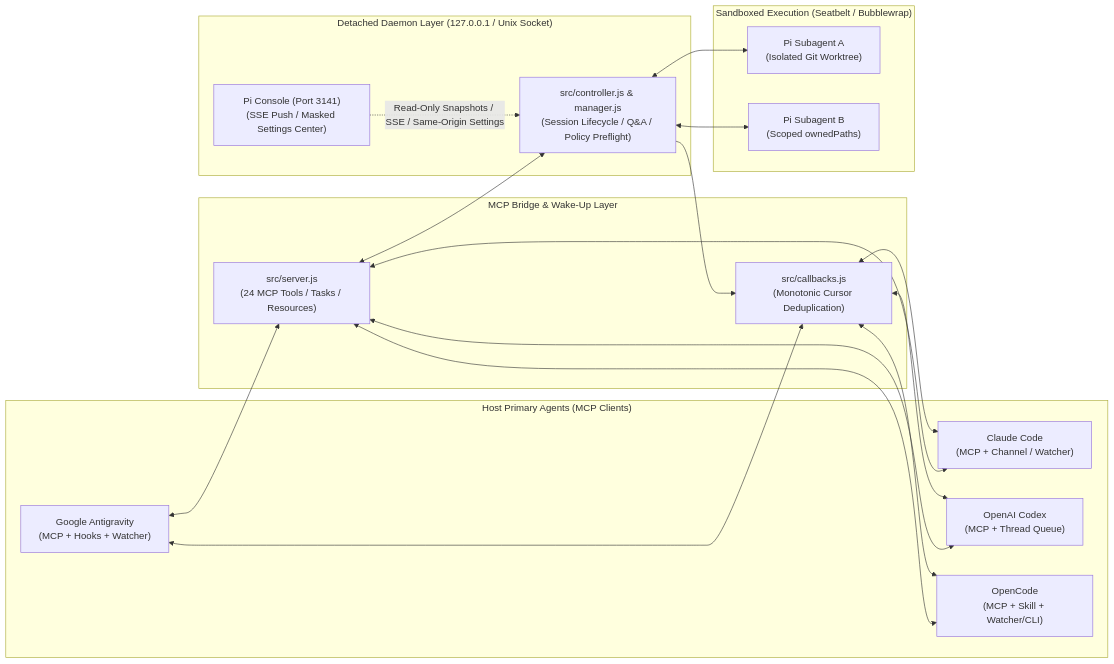
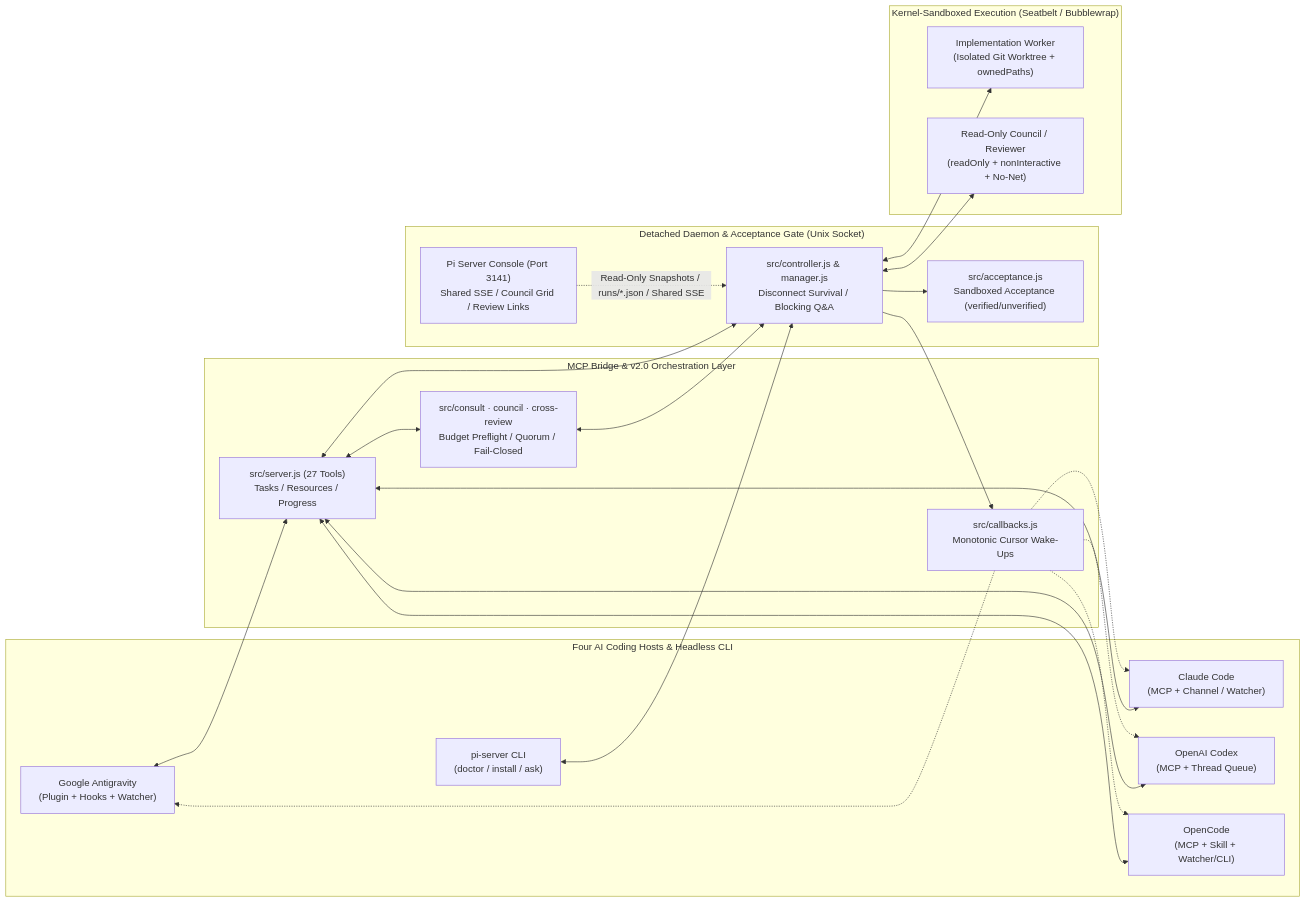
One commit to paintstar/PI-Server changed the diagram in README.en.md. Above: the diagram before and after it, drawn with Mermaid. The commit also changed other lines of this file and 68 other files, not shown here.

Commit message:
发布 Pi Server v2.0.0：多模型协作原语、机械化验收闭环、后端加固、统一 CLI 与调度台升级

````diff
--- a/README.en.md
+++ b/README.en.md
@@ -39,38 +71,41 @@
 ```mermaid
 flowchart LR
-  subgraph Hosts["Host Primary Agents (MCP Clients)"]
-    AGY["Google Antigravity\n(MCP + Hooks + Watcher)"]
+  subgraph Hosts["Four AI Coding Hosts & Headless CLI"]
+    AGY["Google Antigravity\n(Plugin + Hooks + Watcher)"]
     CC["Claude Code\n(MCP + Channel / Watcher)"]
     CDX["OpenAI Codex\n(MCP + Thread Queue)"]
     OC["OpenCode\n(MCP + Skill + Watcher/CLI)"]
+    CLI["pi-server CLI\n(doctor / install / ask)"]
   end
 
-  subgraph Bridge["MCP Bridge & Wake-Up Layer"]
-    SRV["src/server.js\n(24 MCP Tools / Tasks / Resources)"]
-    CB["src/callbacks.js\n(Monotonic Cursor Deduplication)"]
+  subgraph Bridge["MCP Bridge & v2.0 Orchestration Layer"]
+    SRV["src/server.js (27 Tools)\nTasks / Resources / Progress"]
+    ORCH["src/consult · council · cross-review\nBudget Preflight / Quorum / Fail-Closed"]
+    CB["src/callbacks.js\nMonotonic Cursor Wake-Ups"]
   end
 
-  subgraph Core["Detached Daemon Layer (127.0.0.1 / Unix Socket)"]
-    CTRL["src/controller.js & manager.js\n(Session Lifecycle / Q&A / Policy Preflight)"]
-    WEB["Pi Console (Port 3141)\n(SSE Push / Masked Settings Center)"]
+  subgraph Core["Detached Daemon & Acceptance Gate (Unix Socket)"]
+    CTRL["src/controller.js & manager.js\nDisconnect Survival / Blocking Q&A"]
+    ACC["src/acceptance.js\nSandboxed Acceptance (verified/unverified)"]
+    WEB["Pi Server Console (Port 3141)\nShared SSE / Council Grid / Review Links"]
   end
 
-  subgraph Workers["Sandboxed Execution (Seatbelt / Bubblewrap)"]
-    PI1["Pi Subagent A\n(Isolated Git Worktree)"]
-    PI2["Pi Subagent B\n(Scoped ownedPaths)"]
+  subgraph Workers["Kernel-Sandboxed Execution (Seatbelt / Bubblewrap)"]
+    PI1["Implementation Worker\n(Isolated Git Worktree + ownedPaths)"]
+    PI2["Read-Only Council / Reviewer\n(readOnly + nonInteractive + No-Net)"]
   end
 
   AGY <--> SRV
   CC <--> SRV
   CDX <--> SRV
   OC <--> SRV
+  CLI <--> CTRL
+  SRV <--> ORCH
   SRV <--> CTRL
-  CB <--> AGY
-  CB <--> CC
-  CB <--> CDX
-  CB <--> OC
+  ORCH <--> CTRL
+  CTRL --> ACC
   CTRL --> CB
-  CTRL <--> PI1
-  CTRL <--> PI2
-  WEB -. "Read-Only Snapshots / SSE / Same-Origin Settings" .-> CTRL
+  CB -.-> AGY & CC & CDX & OC
+  CTRL <--> PI1 & PI2
+  WEB -. "Read-Only Snapshots / runs/*.json / Shared SSE" .-> CTRL
 ```
````
